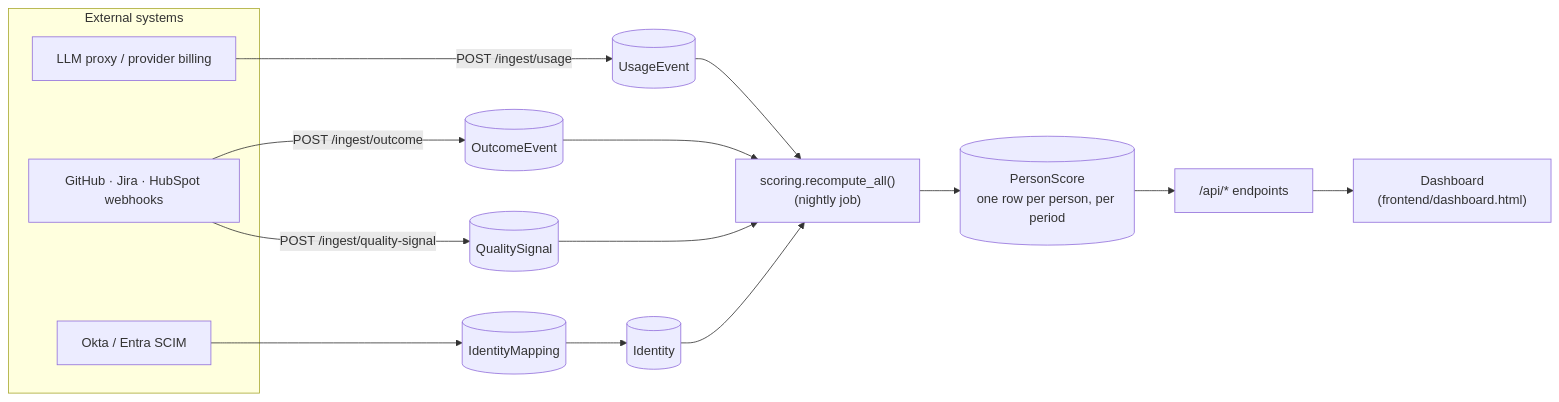
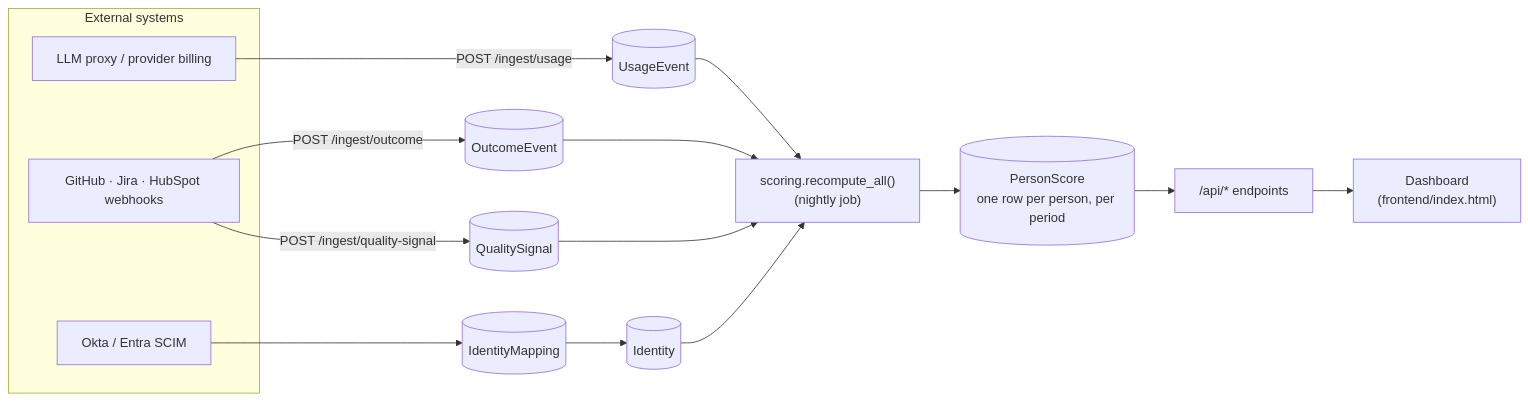
Before and after one commit to drewc611/Meter: the first of 2 diagrams in ARCHITECTURE.md, drawn with Mermaid. The commit also changed 10 other files, not shown here.

First line of the commit message:
Go-live cutover: swap the real dashboard in as frontend/index.html

````diff
--- a/ARCHITECTURE.md
+++ b/ARCHITECTURE.md
@@ -17,23 +17,23 @@
 ```mermaid
 flowchart LR
     subgraph EXT["External systems"]
         PROXY["LLM proxy / provider billing"]
         WEBHOOK["GitHub · Jira · HubSpot webhooks"]
         SCIM["Okta / Entra SCIM"]
     end
 
     PROXY -->|"POST /ingest/usage"| USAGE[("UsageEvent")]
     WEBHOOK -->|"POST /ingest/outcome"| OUTCOME[("OutcomeEvent")]
     WEBHOOK -->|"POST /ingest/quality-signal"| QUALITY[("QualitySignal")]
     SCIM --> MAPPING[("IdentityMapping")]
     MAPPING --> IDENTITY[("Identity")]
 
     USAGE --> SCORING["scoring.recompute_all()\n(nightly job)"]
     OUTCOME --> SCORING
     QUALITY --> SCORING
     IDENTITY --> SCORING
     SCORING --> PERSONSCORE[("PersonScore\none row per person, per period")]
 
     PERSONSCORE --> API["/api/* endpoints"]
-    API --> DASH["Dashboard\n(frontend/dashboard.html)"]
+    API --> DASH["Dashboard\n(frontend/index.html)"]
 ```
````
